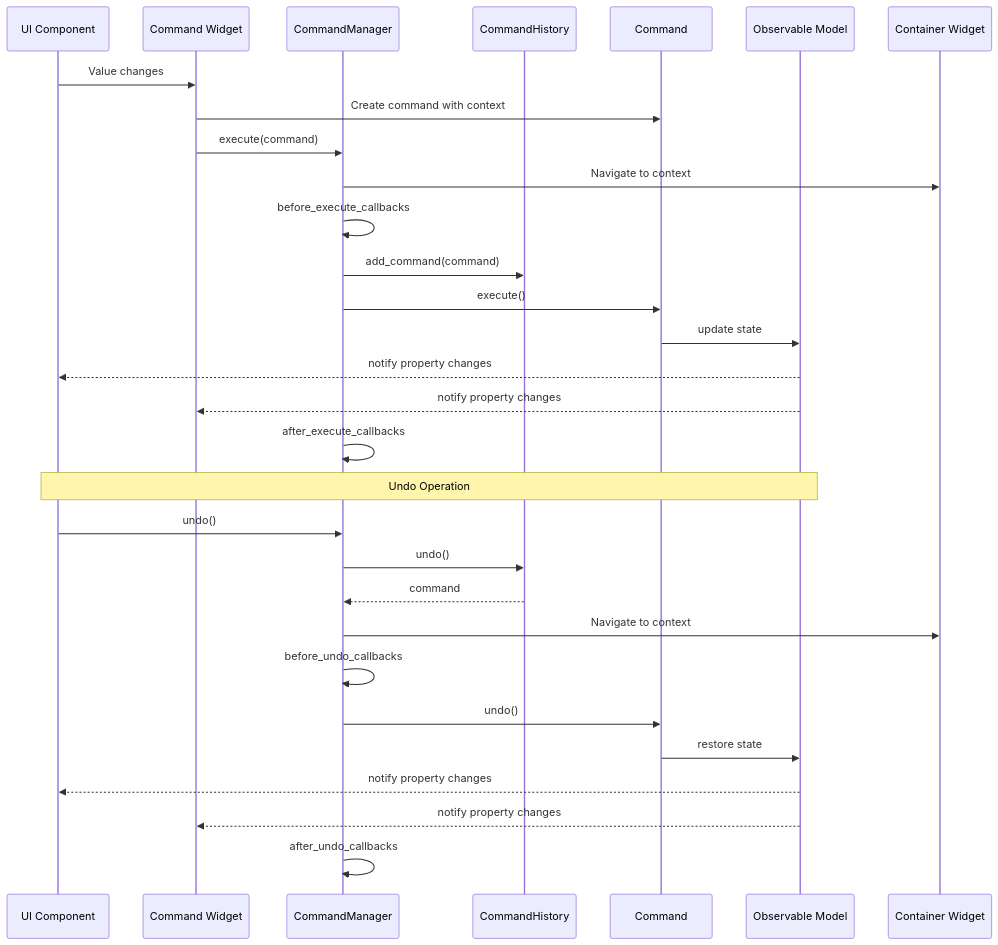
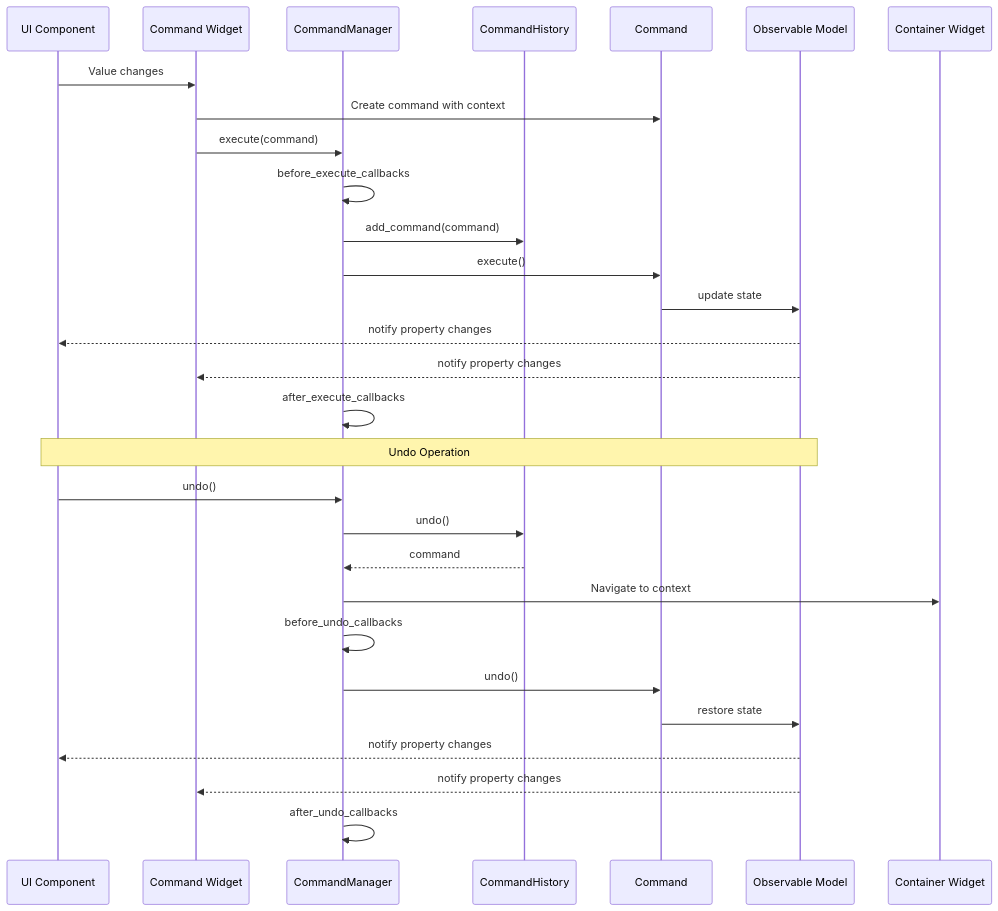
One commit to maro7tigre/PySignalDecipher changed the second of 3 diagrams in command_system/docs/explanation.md. Above: the diagram before and after it, drawn with Mermaid. The commit also changed other lines of this file and 8 other files, not shown here.

````diff
--- a/command_system/docs/explanation.md
+++ b/command_system/docs/explanation.md
@@ -169,35 +170,34 @@
 ```mermaid
 sequenceDiagram
     participant UI as UI Component
     participant CW as Command Widget
     participant CM as CommandManager
     participant CH as CommandHistory
     participant CMD as Command
     participant Model as Observable Model
     participant Container as Container Widget
     
     UI->>CW: Value changes
     CW->>CMD: Create command with context
     CW->>CM: execute(command)
-    CM->>Container: Navigate to context
     CM->>CM: before_execute_callbacks
     CM->>CH: add_command(command)
     CM->>CMD: execute()
     CMD->>Model: update state
     Model-->>UI: notify property changes
     Model-->>CW: notify property changes
     CM->>CM: after_execute_callbacks
     
     Note over UI,Model: Undo Operation
     
     UI->>CM: undo()
     CM->>CH: undo()
     CH-->>CM: command
     CM->>Container: Navigate to context
     CM->>CM: before_undo_callbacks
     CM->>CMD: undo()
     CMD->>Model: restore state
     Model-->>UI: notify property changes
     Model-->>CW: notify property changes
     CM->>CM: after_undo_callbacks
 ```
````
